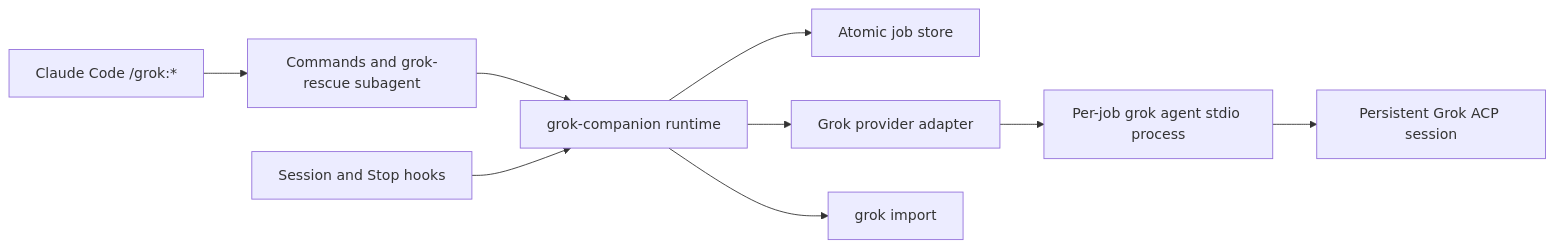
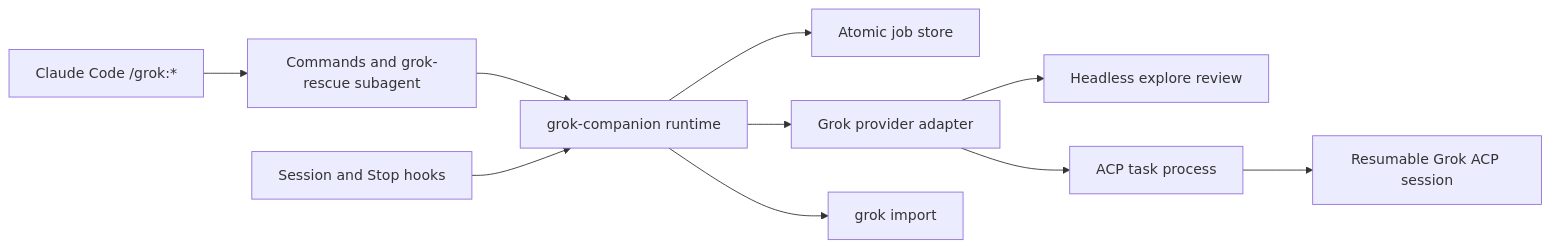
The diagram in SPEC.md (xliberty2008x/grok-plugin), drawn with Mermaid before and after one commit. The commit also changed other lines of this file and 61 other files, not shown here.

````diff
--- a/SPEC.md
+++ b/SPEC.md
@@ -128,11 +130,12 @@
 ```mermaid
 flowchart LR
     C["Claude Code /grok:*"] --> F["Commands and grok-rescue subagent"]
     F --> R["grok-companion runtime"]
     H["Session and Stop hooks"] --> R
     R --> J["Atomic job store"]
     R --> P["Grok provider adapter"]
-    P --> A["Per-job grok agent stdio process"]
-    A --> S["Persistent Grok ACP session"]
+    P --> V["Headless explore review"]
+    P --> A["ACP task process"]
+    A --> S["Resumable Grok ACP session"]
     R --> I["grok import"]
 ```
````
